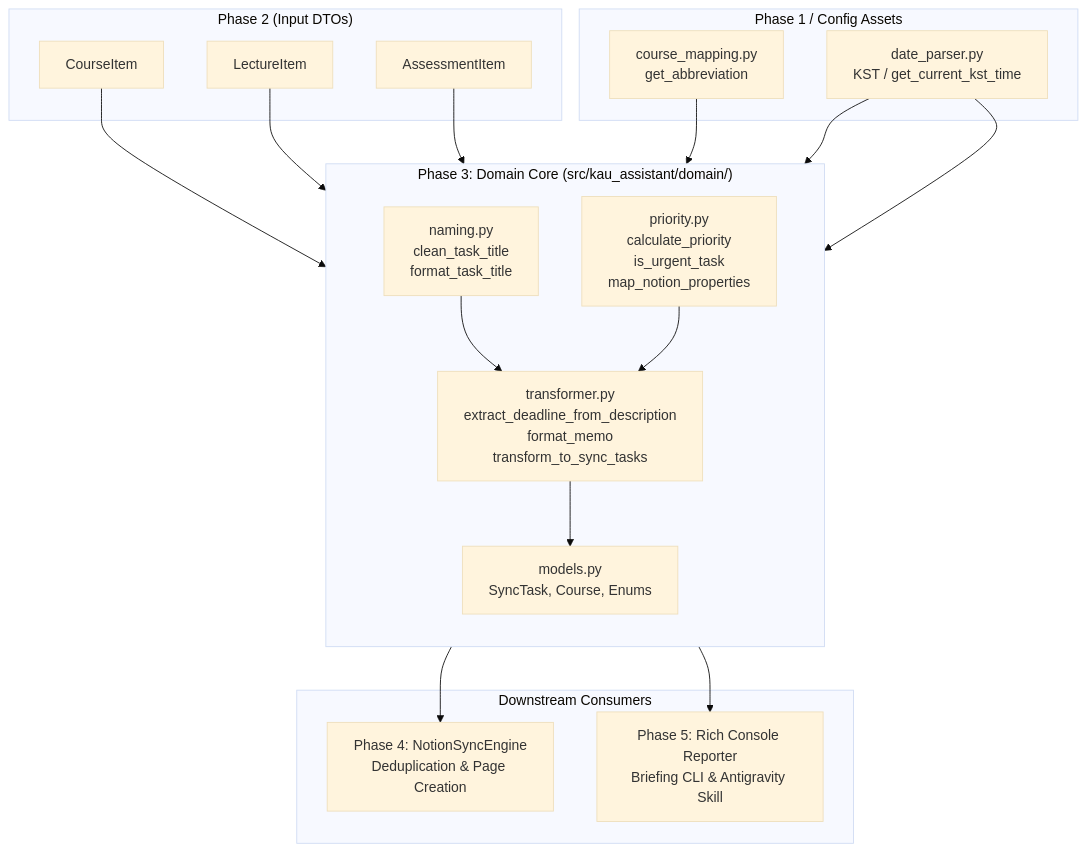
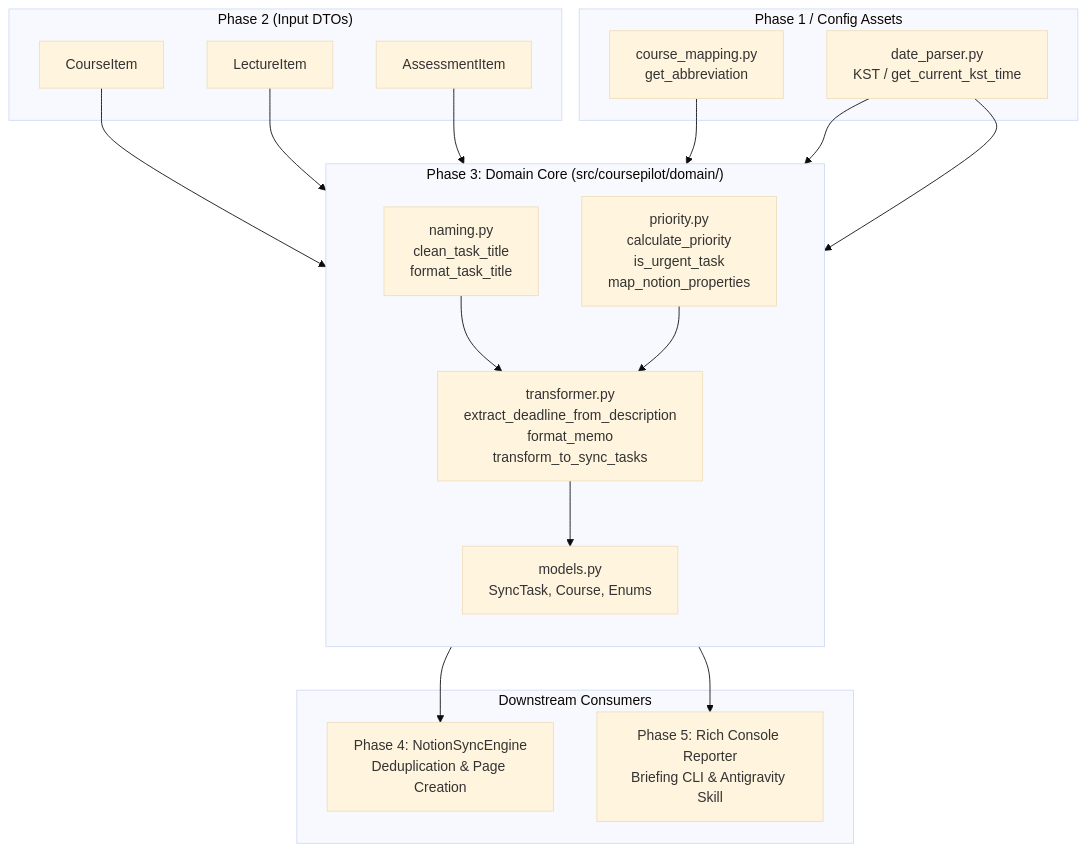
The diagram in .planning/phases/03-domain-modeling-naming-rules/03-RESEARCH.md (4lph4-dvlp/coursePilot), drawn with Mermaid (base theme) before and after one commit. The commit also changed other lines of this file and 130 other files, not shown here.

````diff
--- a/.planning/phases/03-domain-modeling-naming-rules/03-RESEARCH.md
+++ b/.planning/phases/03-domain-modeling-naming-rules/03-RESEARCH.md
@@ -80,38 +80,38 @@
 ```mermaid
 graph TD
     subgraph "Phase 2 (Input DTOs)"
         CI[CourseItem]
         LI[LectureItem]
         AI[AssessmentItem]
     end
 
     subgraph "Phase 1 / Config Assets"
         CM[course_mapping.py<br/>get_abbreviation]
         DP[date_parser.py<br/>KST / get_current_kst_time]
     end
 
-    subgraph "Phase 3: Domain Core (src/kau_assistant/domain/)"
+    subgraph "Phase 3: Domain Core (src/coursepilot/domain/)"
         direction TB
         M[models.py<br/>SyncTask, Course, Enums]
         N[naming.py<br/>clean_task_title<br/>format_task_title]
         P[priority.py<br/>calculate_priority<br/>is_urgent_task<br/>map_notion_properties]
         T[transformer.py<br/>extract_deadline_from_description<br/>format_memo<br/>transform_to_sync_tasks]
     end
 
     subgraph "Downstream Consumers"
         P4[Phase 4: NotionSyncEngine<br/>Deduplication & Page Creation]
         P5[Phase 5: Rich Console Reporter<br/>Briefing CLI & Antigravity Skill]
     end
 
     CI --> T
     LI --> T
     AI --> T
     CM --> N
     DP --> P
     DP --> T
     N --> T
     P --> T
     T --> M
     M --> P4
     M --> P5
 ```
````
